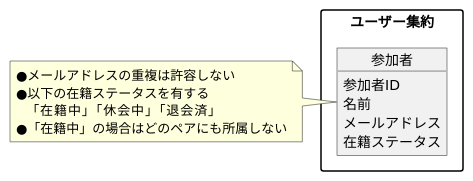
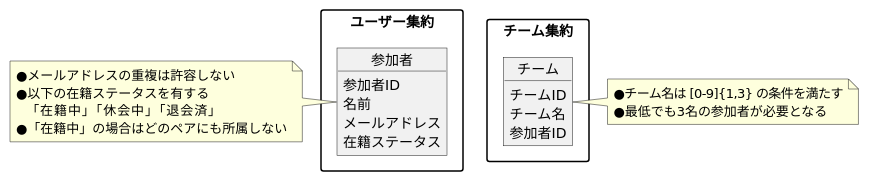
One commit to shimopino/praha-challenges changed the diagram in architecture/36_DDD/assets/domainModel.pu. Above: the diagram before and after it, drawn with PlantUML.

Commit message:
docs: ペアに関する集約とモデルを追加 #116

```diff
--- a/architecture/36_DDD/assets/domainModel.pu
+++ b/architecture/36_DDD/assets/domainModel.pu
@@ -1,31 +1,44 @@
 @startuml domainModel
 
 /'
   集約: packages
   オブジェクト: objects
   メモ: notes
   関連: * → コンポジッション (インスタンス参照)
         > → 集約間の連携 (ID参照)
   多重度: "<>" -()- "<>"
 '/
 
 skinparam PackageStyle rectangle
 skinparam Linetype ortho
 
 package ユーザー集約 {
     object 参加者 {
         参加者ID
         名前
         メールアドレス
         在籍ステータス
     }
 }
 
 note left of 参加者 
     ●メールアドレスの重複は許容しない
     ●以下の在籍ステータスを有する
        「在籍中」「休会中」「退会済」
     ●「在籍中」の場合はどのペアにも所属しない
 end note
 
+package チーム集約 {
+    object チーム {
+        チームID
+        チーム名
+        参加者ID
+    }
+}
+
+note right of チーム
+    ●チーム名は [0-9]{1,3} の条件を満たす
+    ●最低でも3名の参加者が必要となる
+end note
+
 @enduml
```
